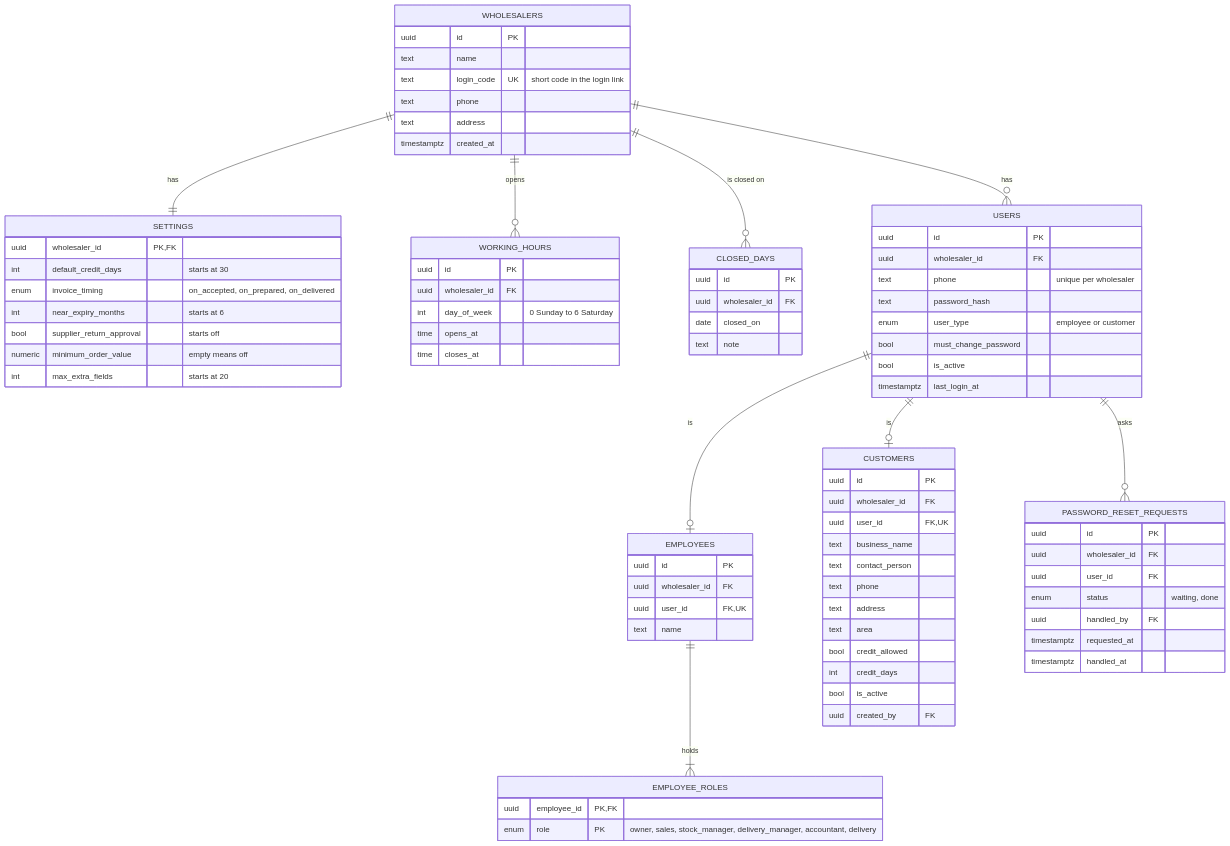
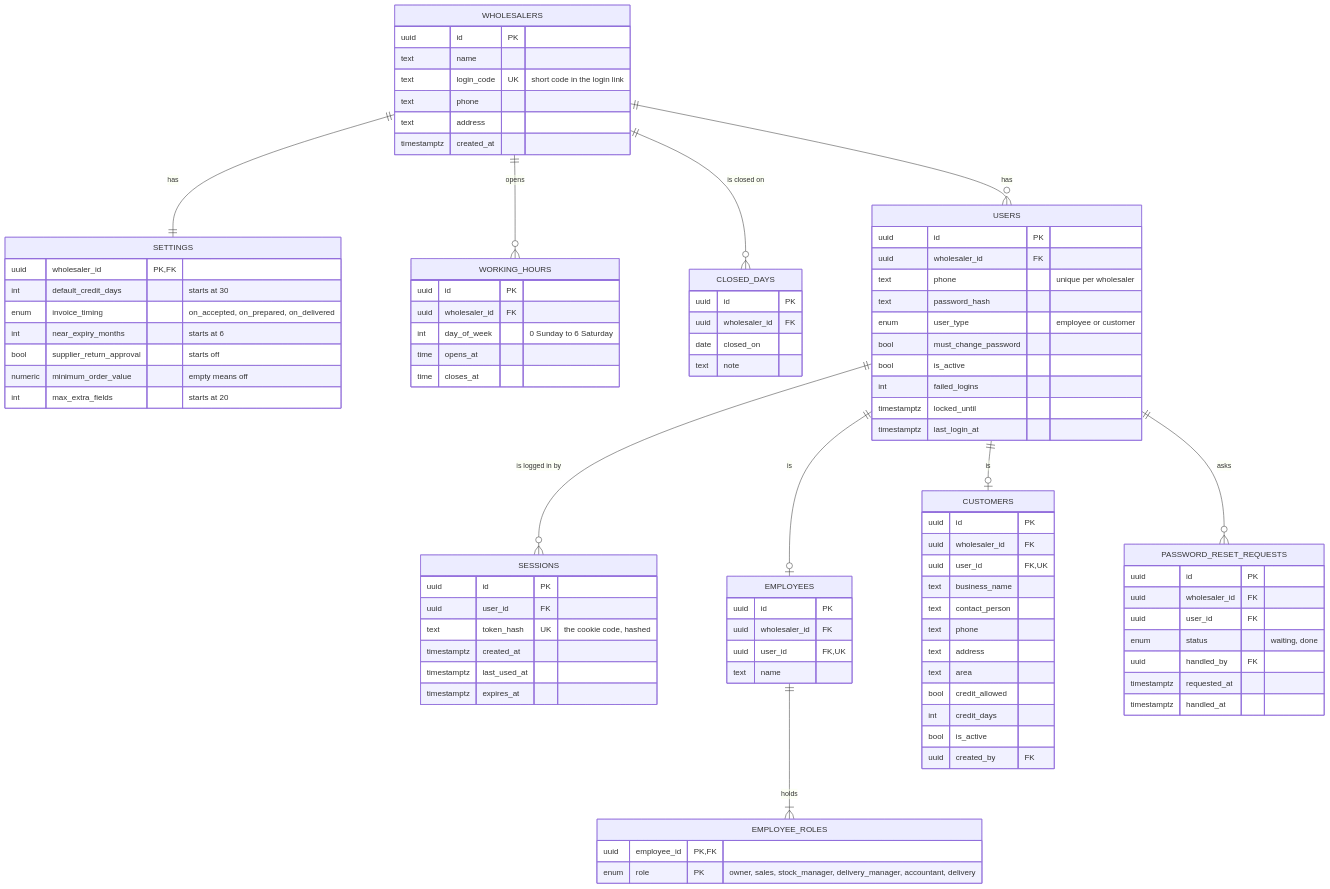
Before and after one commit to AhmedElnagarUU/Cosmo: the third of 14 diagrams in docs/technical/01-database-design.md, drawn with Mermaid. The commit also changed other lines of this file and 5 other files, not shown here.

````diff
--- a/docs/technical/01-database-design.md
+++ b/docs/technical/01-database-design.md
@@ -190,7 +190,17 @@
         enum user_type "employee or customer"
         bool must_change_password
         bool is_active
+        int failed_logins
+        timestamptz locked_until
         timestamptz last_login_at
+    }
+    SESSIONS {
+        uuid id PK
+        uuid user_id FK
+        text token_hash UK "the cookie code, hashed"
+        timestamptz created_at
+        timestamptz last_used_at
+        timestamptz expires_at
     }
     EMPLOYEES {
         uuid id PK
@@ -234,4 +244,5 @@
     USERS ||--o| CUSTOMERS : "is"
     EMPLOYEES ||--|{ EMPLOYEE_ROLES : holds
     USERS ||--o{ PASSWORD_RESET_REQUESTS : asks
+    USERS ||--o{ SESSIONS : "is logged in by"
 ```
````
